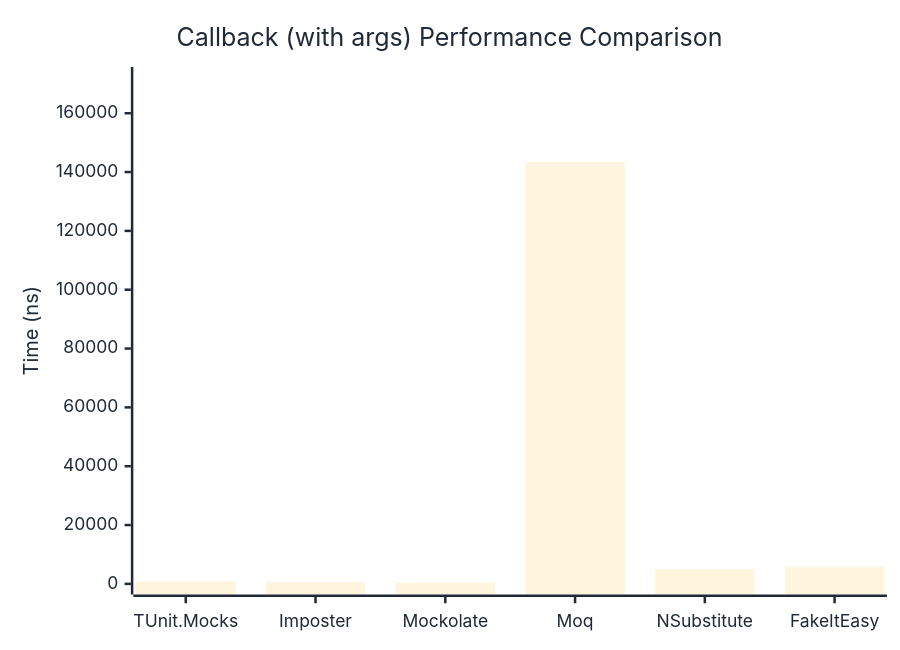
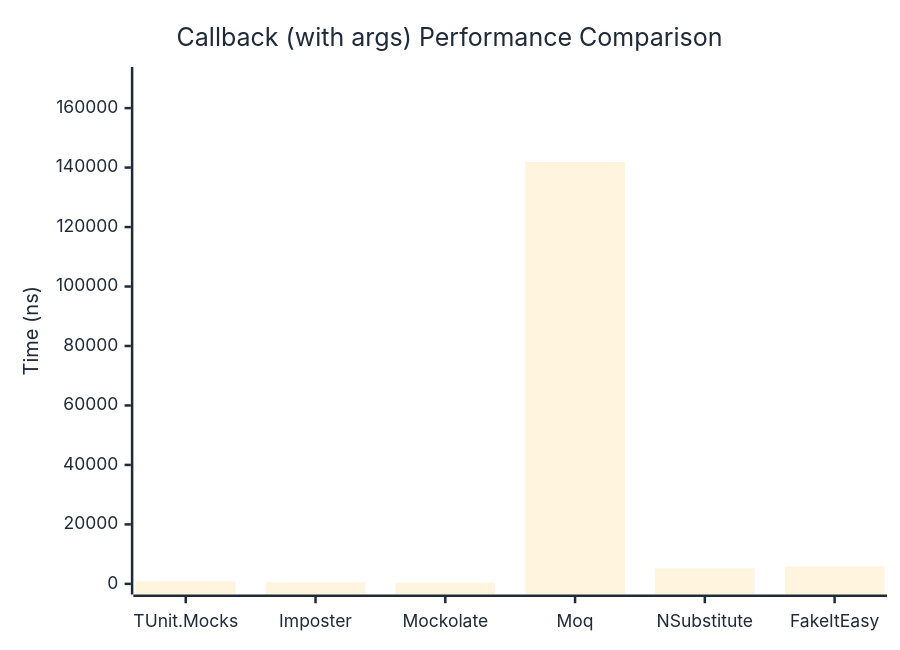
The second of 2 diagrams in docs/docs/benchmarks/mocks/Callback.md (thomhurst/TUnit), drawn with Mermaid before and after one commit. The commit also changed other lines of this file and 14 other files, not shown here.

````diff
--- a/docs/docs/benchmarks/mocks/Callback.md
+++ b/docs/docs/benchmarks/mocks/Callback.md
@@ -71,27 +71,27 @@
 ```mermaid
 %%{init: {
   'theme':'base',
   'themeVariables': {
     'primaryColor': '#2563eb',
     'primaryTextColor': '#1f2937',
     'primaryBorderColor': '#1e40af',
     'lineColor': '#6b7280',
     'secondaryColor': '#7c3aed',
     'tertiaryColor': '#dc2626',
     'background': '#ffffff',
     'pie1': '#2563eb',
     'pie2': '#7c3aed',
     'pie3': '#dc2626',
     'pie4': '#f59e0b',
     'pie5': '#10b981',
     'pie6': '#06b6d4',
     'pie7': '#ec4899',
     'pie8': '#6366f1'
   }
 }}%%
 xychart-beta
   title "Callback (with args) Performance Comparison"
   x-axis ["TUnit.Mocks", "Imposter", "Mockolate", "Moq", "NSubstitute", "FakeItEasy"]
-  y-axis "Time (ns)" 0 --> 172102
-  bar [838, 539.5, 401.1, 143418.3, 5004.5, 5748.3]
+  y-axis "Time (ns)" 0 --> 170249
+  bar [802.6, 538.3, 401.3, 141873.7, 5224.2, 5889.5]
 ```
````
